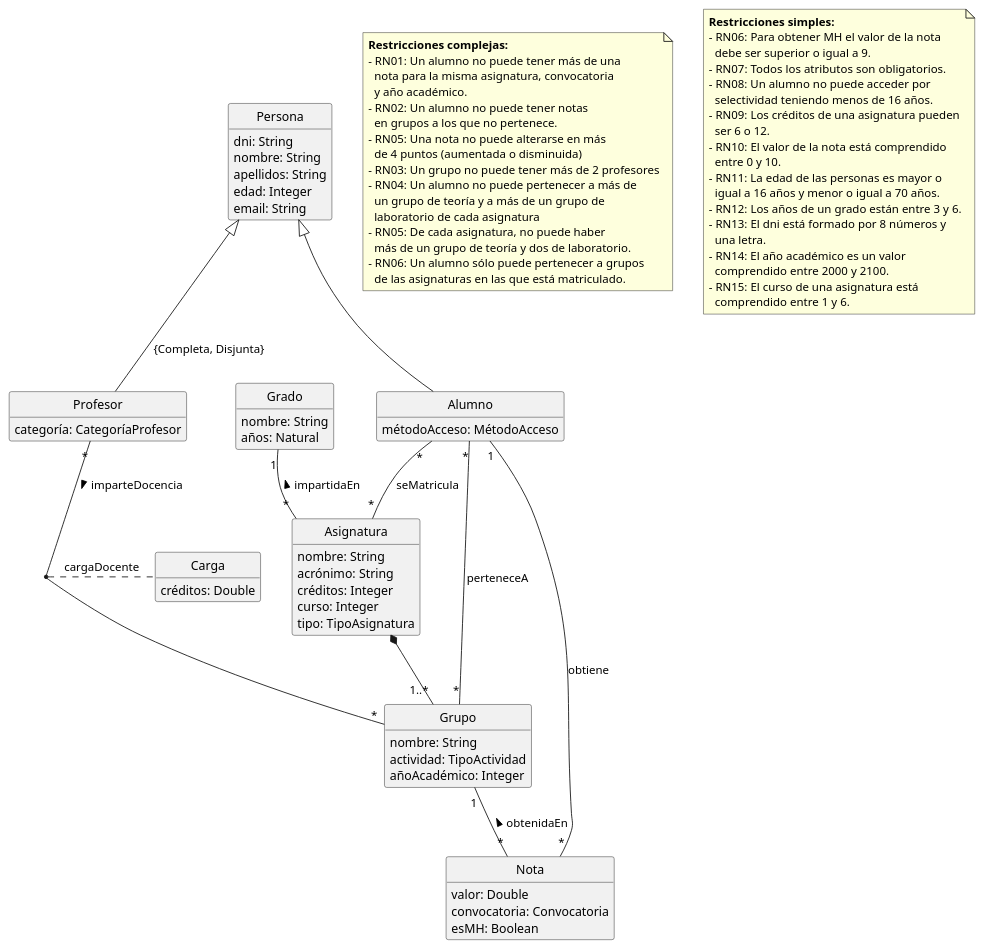
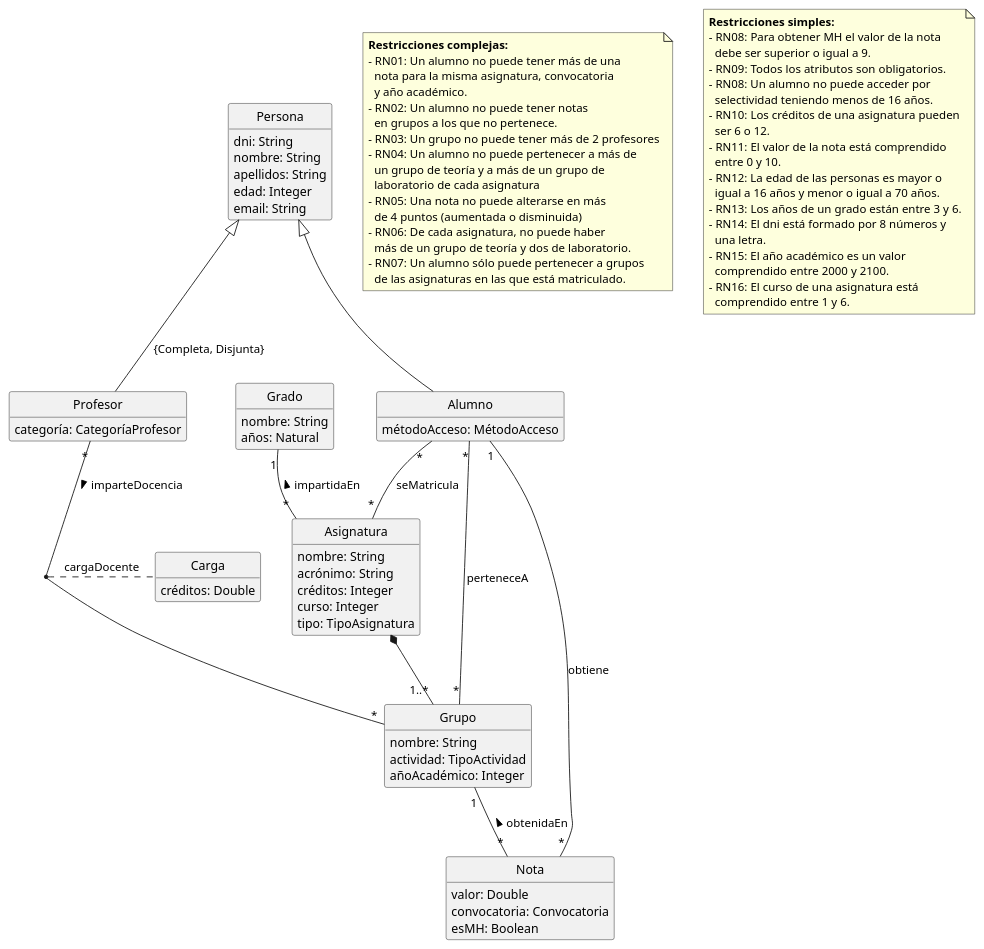
One commit to IISSI-US/silence-db changed the first of 2 diagrams in sql/Grados/diagrams.puml. Above: the diagram before and after it, drawn with PlantUML. The commit also changed 2 other files, not shown here.

```diff
--- a/sql/Grados/diagrams.puml
+++ b/sql/Grados/diagrams.puml
@@ -1,105 +1,105 @@
 @startuml grados-dc
 
 hide circle
 hide empty members
 
 class Grado {
     nombre: String
     años: Natural
 }
 
 class Asignatura {
     nombre: String
     acrónimo: String
     créditos: Integer
     curso: Integer
     tipo: TipoAsignatura
 }
 
 class Grupo {
     nombre: String
     actividad: TipoActividad
     añoAcadémico: Integer
 }
 
 class Persona{
     dni: String
     nombre: String
     apellidos: String
     edad: Integer
     email: String
 }
 
 class Alumno {
     métodoAcceso: MétodoAcceso
 }
 
 class Profesor {
     categoría: CategoríaProfesor
 }
 
 class Nota {
     valor: Double
     convocatoria: Convocatoria
     esMH: Boolean
 }
 
 class Carga {
     créditos: Double
 }
 
 Persona <|-- Alumno
 Persona <|-- Profesor: {Completa, Disjunta}
 Profesor "*" -- "*" Grupo : imparteDocencia >
 (Profesor,Grupo) .. Carga : cargaDocente 
 Grado "1" -- "*" Asignatura : impartidaEn <
 Asignatura  *-- "1..*" Grupo 
 Alumno "*" -- "*" Grupo : perteneceA
 Alumno "1" -- "*" Nota : obtiene
 Grupo "1" -- "*" Nota : obtenidaEn <
 Alumno "*" -- "*" Asignatura : seMatricula
 
 'Triggers
 note as RestriccionesComplejas
   **Restricciones complejas:**
   - RN01: Un alumno no puede tener más de una
     nota para la misma asignatura, convocatoria 
     y año académico.
   - RN02: Un alumno no puede tener notas 
     en grupos a los que no pertenece.
-  - RN05: Una nota no puede alterarse en más 
-    de 4 puntos (aumentada o disminuida)
   - RN03: Un grupo no puede tener más de 2 profesores
   - RN04: Un alumno no puede pertenecer a más de 
     un grupo de teoría y a más de un grupo de 
     laboratorio de cada asignatura
-  - RN05: De cada asignatura, no puede haber 
+  - RN05: Una nota no puede alterarse en más 
+    de 4 puntos (aumentada o disminuida)
+  - RN06: De cada asignatura, no puede haber 
     más de un grupo de teoría y dos de laboratorio.
-  - RN06: Un alumno sólo puede pertenecer a grupos
+  - RN07: Un alumno sólo puede pertenecer a grupos
     de las asignaturas en las que está matriculado.
 end note
 
 'Checkers
 note as RestriccionesSimples
   **Restricciones simples:**
-  - RN06: Para obtener MH el valor de la nota 
+  - RN08: Para obtener MH el valor de la nota 
     debe ser superior o igual a 9.
-  - RN07: Todos los atributos son obligatorios.
+  - RN09: Todos los atributos son obligatorios.
   - RN08: Un alumno no puede acceder por 
     selectividad teniendo menos de 16 años.
-  - RN09: Los créditos de una asignatura pueden
+  - RN10: Los créditos de una asignatura pueden
     ser 6 o 12.
-  - RN10: El valor de la nota está comprendido 
+  - RN11: El valor de la nota está comprendido 
     entre 0 y 10.
-  - RN11: La edad de las personas es mayor o 
+  - RN12: La edad de las personas es mayor o 
     igual a 16 años y menor o igual a 70 años.
-  - RN12: Los años de un grado están entre 3 y 6.
-  - RN13: El dni está formado por 8 números y 
+  - RN13: Los años de un grado están entre 3 y 6.
+  - RN14: El dni está formado por 8 números y 
     una letra.
-  - RN14: El año académico es un valor 
+  - RN15: El año académico es un valor 
     comprendido entre 2000 y 2100.
-  - RN15: El curso de una asignatura está 
+  - RN16: El curso de una asignatura está 
     comprendido entre 1 y 6.
 end note
 
 @enduml
```
